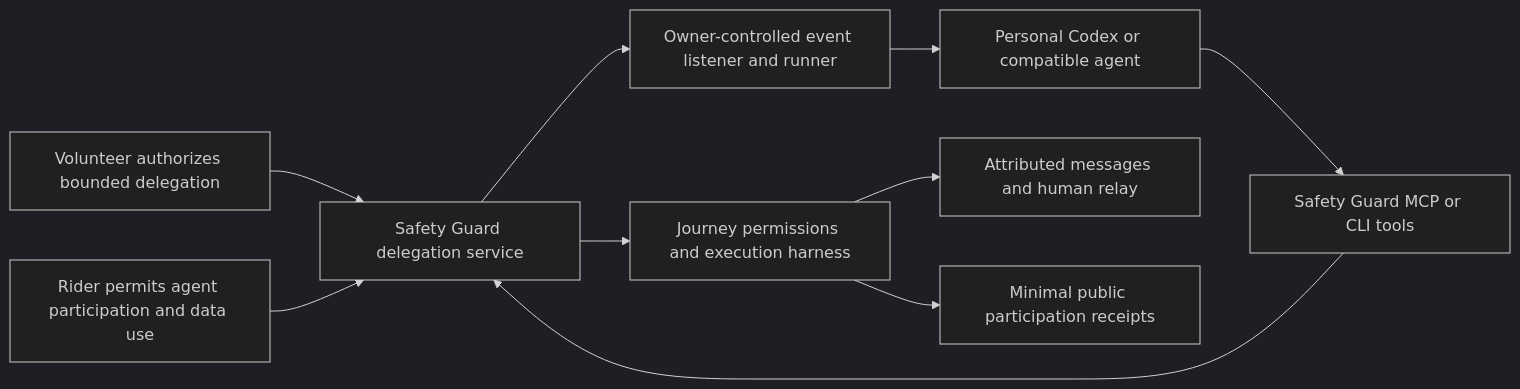
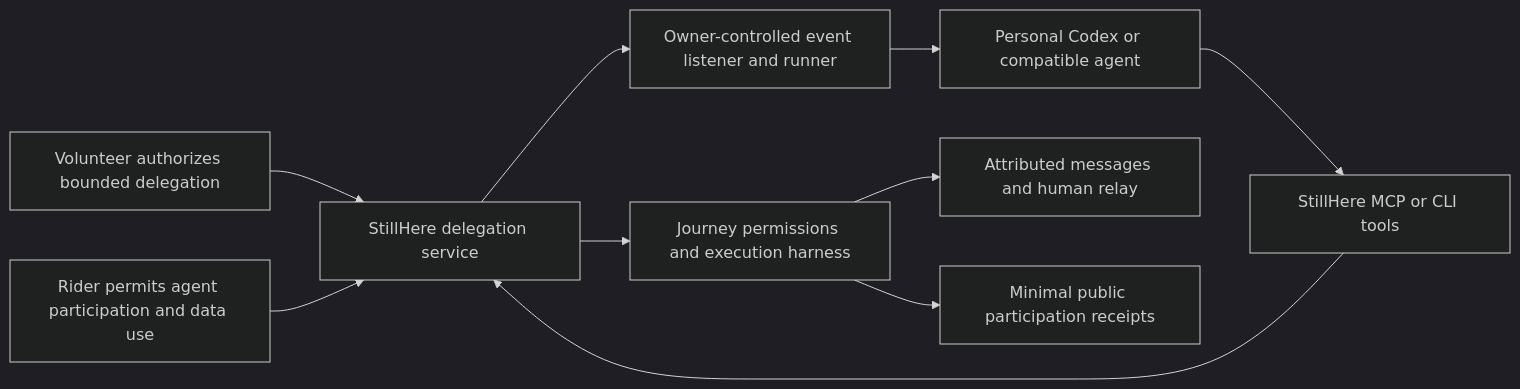
One commit to Jrffy666/StillHere changed the diagram in docs/PERSONAL_AGENT_GUARDING.md. Above: the diagram before and after it, drawn with Mermaid (dark theme). The commit also changed other lines of this file and 38 other files, not shown here.

Commit message:
Brand the project StillHere and refine personal agent award strategy

````diff
--- a/docs/PERSONAL_AGENT_GUARDING.md
+++ b/docs/PERSONAL_AGENT_GUARDING.md
@@ -26,12 +28,12 @@
 ```mermaid
 flowchart LR
-  H[Volunteer authorizes bounded delegation] --> D[Safety Guard delegation service]
+  H[Volunteer authorizes bounded delegation] --> D[StillHere delegation service]
   R[Rider permits agent participation and data use] --> D
-  C[Personal Codex or compatible agent] --> T[Safety Guard MCP or CLI tools]
+  C[Personal Codex or compatible agent] --> T[StillHere MCP or CLI tools]
   T --> D
   D --> E[Journey permissions and execution harness]
   E --> U[Attributed messages and human relay]
   E --> L[Minimal public participation receipts]
   W[Owner-controlled event listener and runner] --> C
   D --> W
 ```
````
